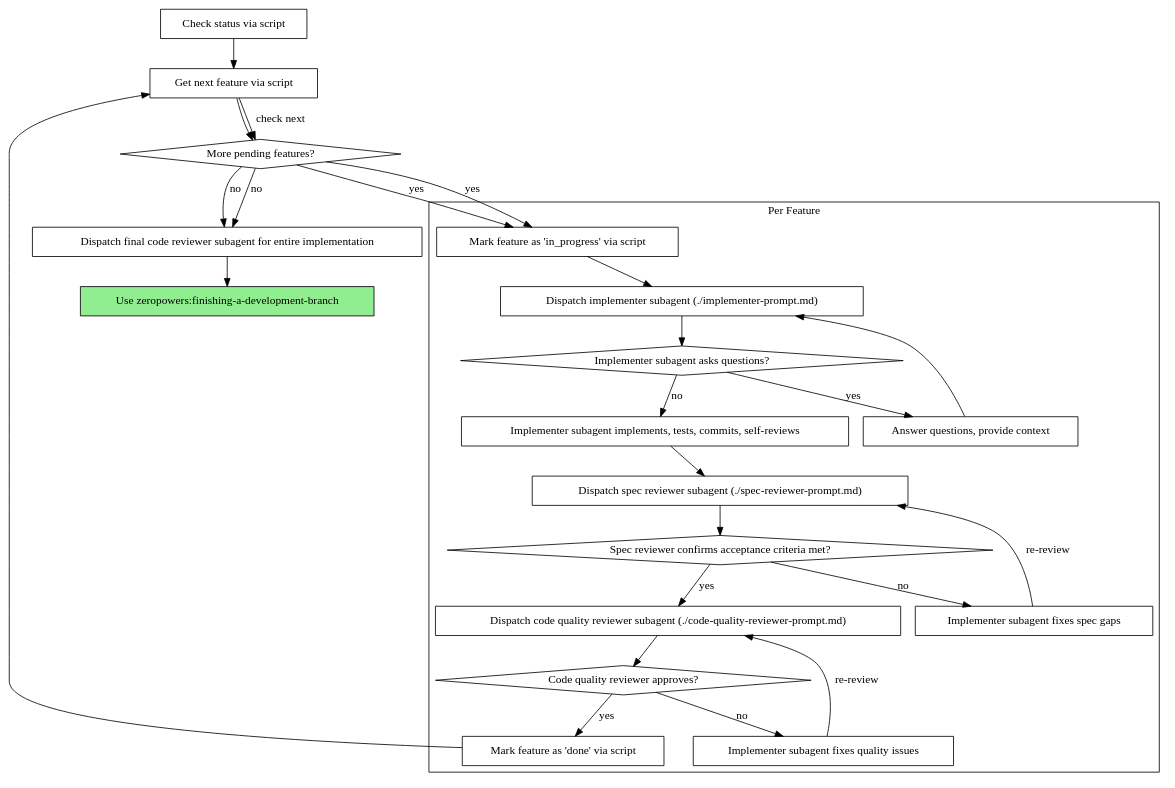
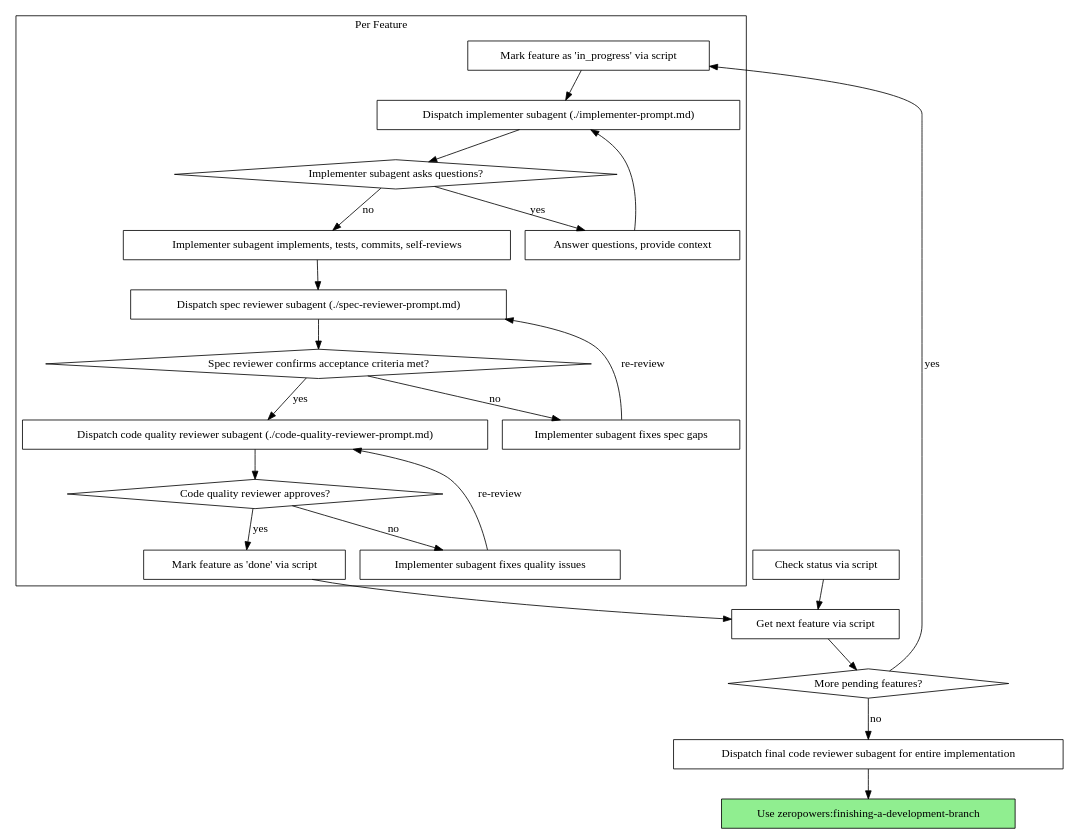
Before and after one commit to PPhoss/zeropowers: the diagram in skills/subagent-driven-development/SKILL.md, drawn with Graphviz. The commit also changed other lines of this file, not shown here.

````diff
--- a/skills/subagent-driven-development/SKILL.md
+++ b/skills/subagent-driven-development/SKILL.md
@@ -18,51 +18,48 @@
 ```dot
 digraph process {
     rankdir=TB;
 
     subgraph cluster_per_feature {
         label="Per Feature";
         "Mark feature as 'in_progress' via script" [shape=box];
         "Dispatch implementer subagent (./implementer-prompt.md)" [shape=box];
         "Implementer subagent asks questions?" [shape=diamond];
         "Answer questions, provide context" [shape=box];
         "Implementer subagent implements, tests, commits, self-reviews" [shape=box];
         "Dispatch spec reviewer subagent (./spec-reviewer-prompt.md)" [shape=box];
         "Spec reviewer confirms acceptance criteria met?" [shape=diamond];
         "Implementer subagent fixes spec gaps" [shape=box];
         "Dispatch code quality reviewer subagent (./code-quality-reviewer-prompt.md)" [shape=box];
         "Code quality reviewer approves?" [shape=diamond];
         "Implementer subagent fixes quality issues" [shape=box];
         "Mark feature as 'done' via script" [shape=box];
     }
 
     "Check status via script" [shape=box];
     "Get next feature via script" [shape=box];
     "More pending features?" [shape=diamond];
     "Dispatch final code reviewer subagent for entire implementation" [shape=box];
     "Use zeropowers:finishing-a-development-branch" [shape=box style=filled fillcolor=lightgreen];
 
     "Check status via script" -> "Get next feature via script";
     "Get next feature via script" -> "More pending features?";
     "More pending features?" -> "Mark feature as 'in_progress' via script" [label="yes"];
     "More pending features?" -> "Dispatch final code reviewer subagent for entire implementation" [label="no"];
     "Mark feature as 'in_progress' via script" -> "Dispatch implementer subagent (./implementer-prompt.md)";
     "Dispatch implementer subagent (./implementer-prompt.md)" -> "Implementer subagent asks questions?";
     "Implementer subagent asks questions?" -> "Answer questions, provide context" [label="yes"];
     "Answer questions, provide context" -> "Dispatch implementer subagent (./implementer-prompt.md)";
     "Implementer subagent asks questions?" -> "Implementer subagent implements, tests, commits, self-reviews" [label="no"];
     "Implementer subagent implements, tests, commits, self-reviews" -> "Dispatch spec reviewer subagent (./spec-reviewer-prompt.md)";
     "Dispatch spec reviewer subagent (./spec-reviewer-prompt.md)" -> "Spec reviewer confirms acceptance criteria met?";
     "Spec reviewer confirms acceptance criteria met?" -> "Implementer subagent fixes spec gaps" [label="no"];
     "Implementer subagent fixes spec gaps" -> "Dispatch spec reviewer subagent (./spec-reviewer-prompt.md)" [label="re-review"];
     "Spec reviewer confirms acceptance criteria met?" -> "Dispatch code quality reviewer subagent (./code-quality-reviewer-prompt.md)" [label="yes"];
     "Dispatch code quality reviewer subagent (./code-quality-reviewer-prompt.md)" -> "Code quality reviewer approves?";
     "Code quality reviewer approves?" -> "Implementer subagent fixes quality issues" [label="no"];
     "Implementer subagent fixes quality issues" -> "Dispatch code quality reviewer subagent (./code-quality-reviewer-prompt.md)" [label="re-review"];
     "Code quality reviewer approves?" -> "Mark feature as 'done' via script" [label="yes"];
     "Mark feature as 'done' via script" -> "Get next feature via script";
-    "Get next feature via script" -> "More pending features?" [label="check next"];
-    "More pending features?" -> "Mark feature as 'in_progress' via script" [label="yes"];
-    "More pending features?" -> "Dispatch final code reviewer subagent for entire implementation" [label="no"];
     "Dispatch final code reviewer subagent for entire implementation" -> "Use zeropowers:finishing-a-development-branch";
 }
 ```
````
